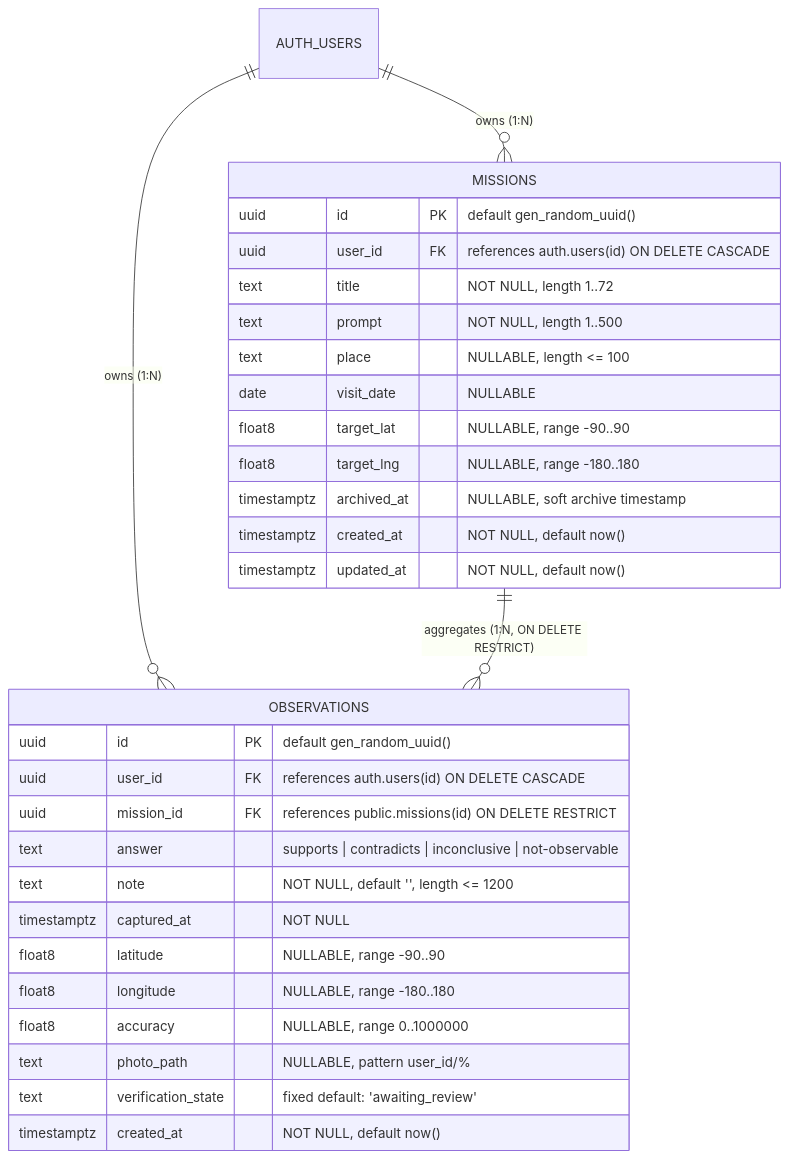
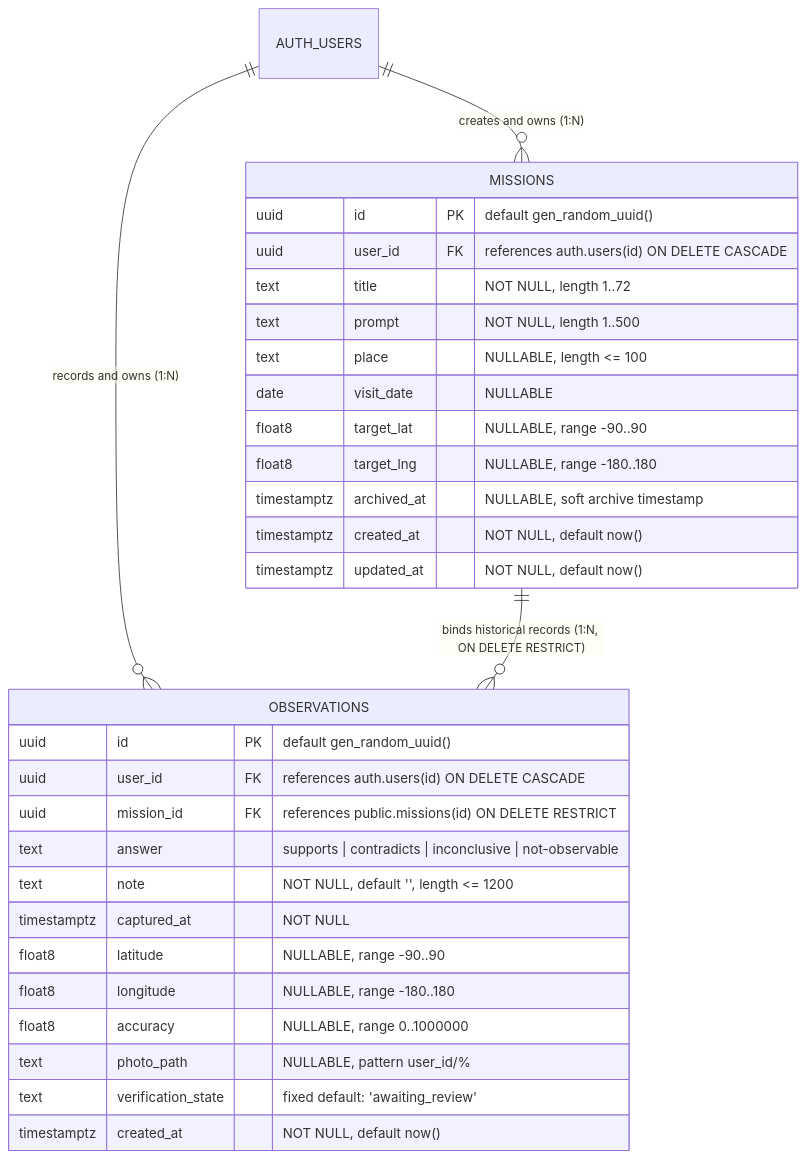
Before and after one commit to Tony1254-CS/Trace-Field: the fifth of 5 diagrams in README.md, drawn with Mermaid. The commit also changed other lines of this file, not shown here.

````diff
--- a/README.md
+++ b/README.md
@@ -661,35 +592,35 @@
 ```mermaid
 erDiagram
-    AUTH_USERS ||--o{ MISSIONS : "owns (1:N)"
-    AUTH_USERS ||--o{ OBSERVATIONS : "owns (1:N)"
-    MISSIONS ||--o{ OBSERVATIONS : "aggregates (1:N, ON DELETE RESTRICT)"
+    AUTH_USERS ||--o{ MISSIONS : "creates and owns (1:N)"
+    AUTH_USERS ||--o{ OBSERVATIONS : "records and owns (1:N)"
+    MISSIONS ||--o{ OBSERVATIONS : "binds historical records (1:N, ON DELETE RESTRICT)"
 
     MISSIONS {
         uuid id PK "default gen_random_uuid()"
         uuid user_id FK "references auth.users(id) ON DELETE CASCADE"
         text title "NOT NULL, length 1..72"
         text prompt "NOT NULL, length 1..500"
         text place "NULLABLE, length <= 100"
         date visit_date "NULLABLE"
         float8 target_lat "NULLABLE, range -90..90"
         float8 target_lng "NULLABLE, range -180..180"
         timestamptz archived_at "NULLABLE, soft archive timestamp"
         timestamptz created_at "NOT NULL, default now()"
         timestamptz updated_at "NOT NULL, default now()"
     }
 
     OBSERVATIONS {
         uuid id PK "default gen_random_uuid()"
         uuid user_id FK "references auth.users(id) ON DELETE CASCADE"
         uuid mission_id FK "references public.missions(id) ON DELETE RESTRICT"
         text answer "supports | contradicts | inconclusive | not-observable"
         text note "NOT NULL, default '', length <= 1200"
         timestamptz captured_at "NOT NULL"
         float8 latitude "NULLABLE, range -90..90"
         float8 longitude "NULLABLE, range -180..180"
         float8 accuracy "NULLABLE, range 0..1000000"
         text photo_path "NULLABLE, pattern user_id/%"
         text verification_state "fixed default: 'awaiting_review'"
         timestamptz created_at "NOT NULL, default now()"
     }
 ```
````
